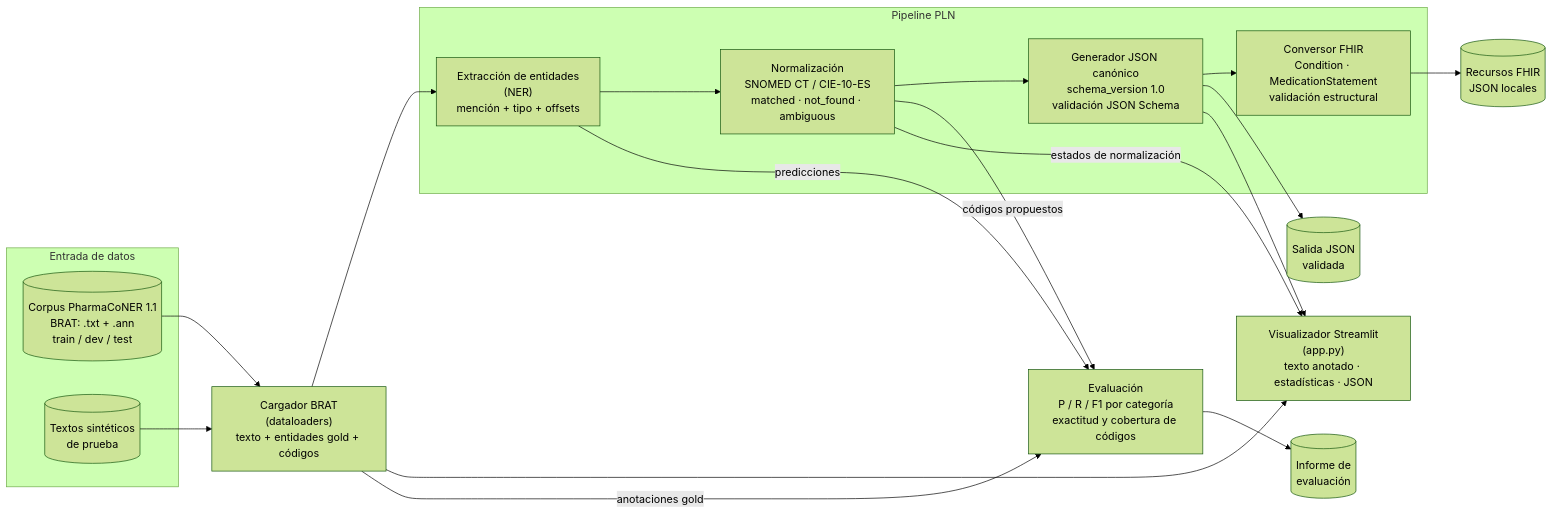
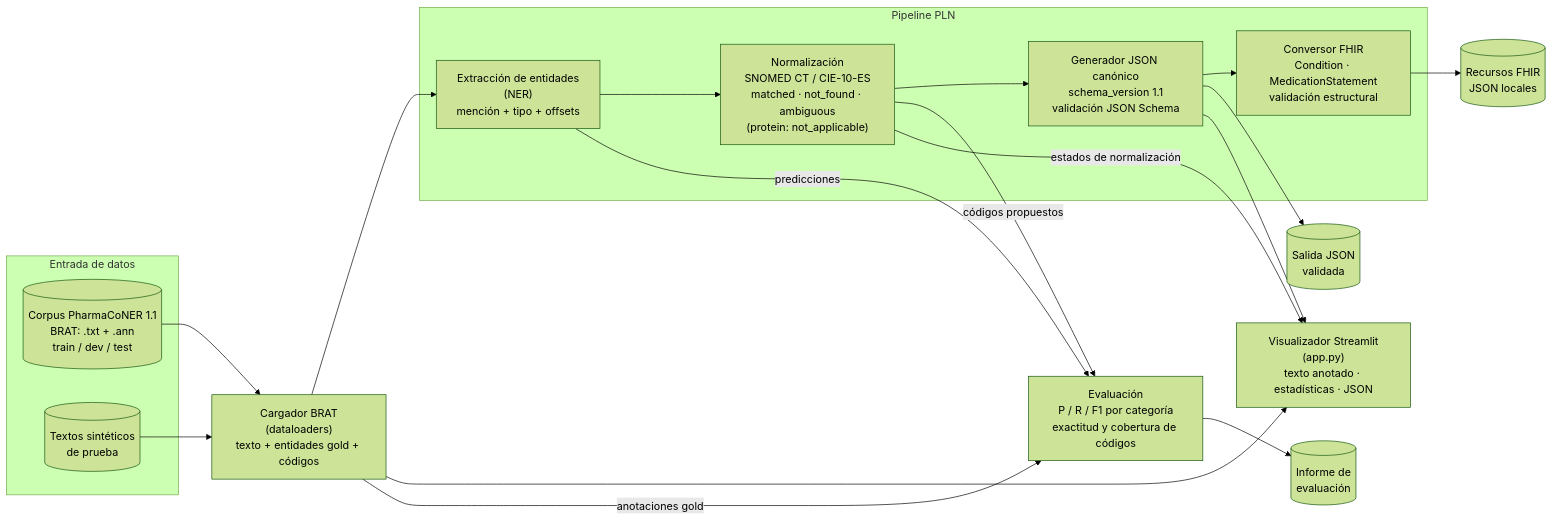
Before and after one commit to Lucas-ao35/PIIA-II: the diagram in ARCHITECTURE.md, drawn with Mermaid (forest theme). The commit also changed other lines of this file and 5 other files, not shown here.

````diff
--- a/ARCHITECTURE.md
+++ b/ARCHITECTURE.md
@@ -20,39 +20,39 @@
 ```mermaid
 flowchart LR
     subgraph IN ["Entrada de datos"]
         CORPUS[("Corpus PharmaCoNER 1.1<br/>BRAT: .txt + .ann<br/>train / dev / test")]
         SINT[("Textos sintéticos<br/>de prueba")]
     end
 
     LOADER["Cargador BRAT<br/>(dataloaders)<br/>texto + entidades gold + códigos"]
 
     subgraph PIPE ["Pipeline PLN"]
         NER["Extracción de entidades<br/>(NER)<br/>mención + tipo + offsets"]
-        NORM["Normalización<br/>SNOMED CT / CIE-10-ES<br/>matched · not_found · ambiguous"]
-        JSONGEN["Generador JSON canónico<br/>schema_version 1.0<br/>validación JSON Schema"]
+        NORM["Normalización<br/>SNOMED CT / CIE-10-ES<br/>matched · not_found · ambiguous<br/>(protein: not_applicable)"]
+        JSONGEN["Generador JSON canónico<br/>schema_version 1.1<br/>validación JSON Schema"]
         FHIRGEN["Conversor FHIR<br/>Condition · MedicationStatement<br/>validación estructural"]
     end
 
     EVAL["Evaluación<br/>P / R / F1 por categoría<br/>exactitud y cobertura de códigos"]
     UI["Visualizador Streamlit<br/>(app.py)<br/>texto anotado · estadísticas · JSON"]
 
     OUTJ[("Salida JSON<br/>validada")]
     OUTF[("Recursos FHIR<br/>JSON locales")]
     OUTR[("Informe de<br/>evaluación")]
 
     CORPUS --> LOADER
     SINT --> LOADER
     LOADER --> NER
     LOADER --> UI
     NER --> NORM
     NORM --> JSONGEN
     JSONGEN --> FHIRGEN
     JSONGEN --> OUTJ
     FHIRGEN --> OUTF
     LOADER -- "anotaciones gold" --> EVAL
     NER -- "predicciones" --> EVAL
     NORM -- "códigos propuestos" --> EVAL
     NORM -- "estados de normalización" --> UI
     JSONGEN --> UI
     EVAL --> OUTR
 ```
````
